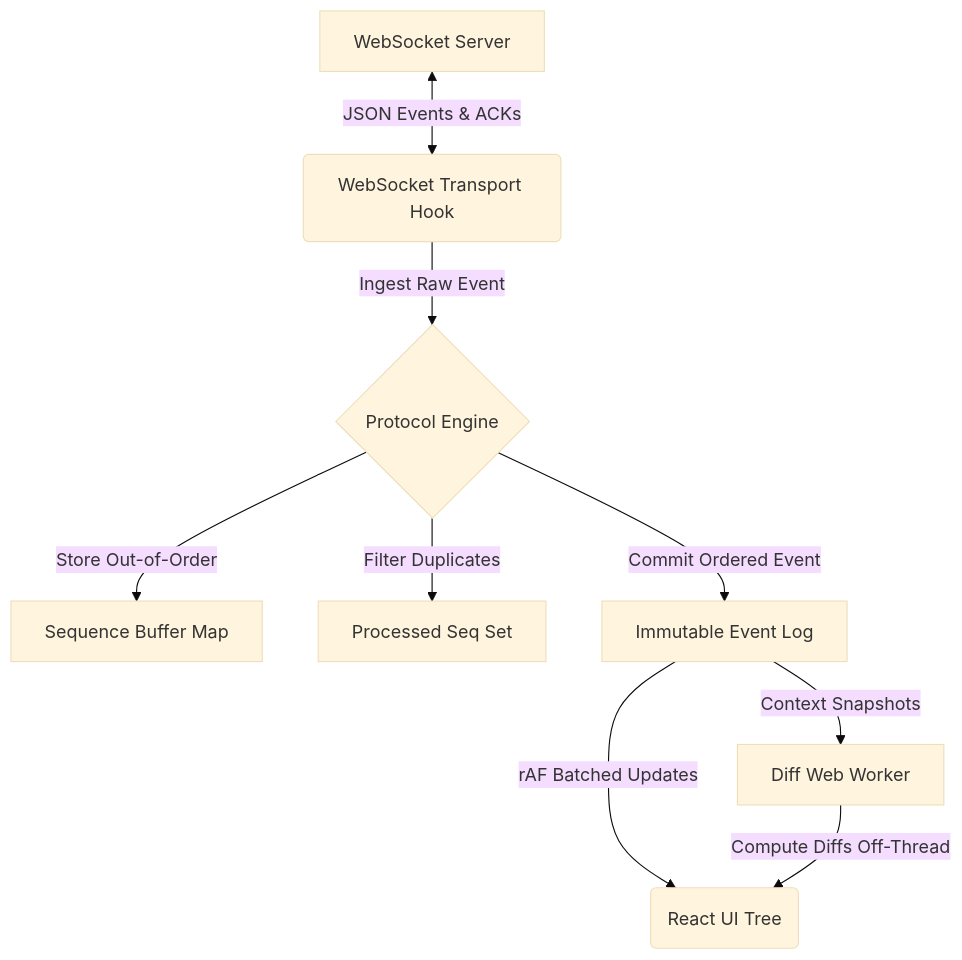
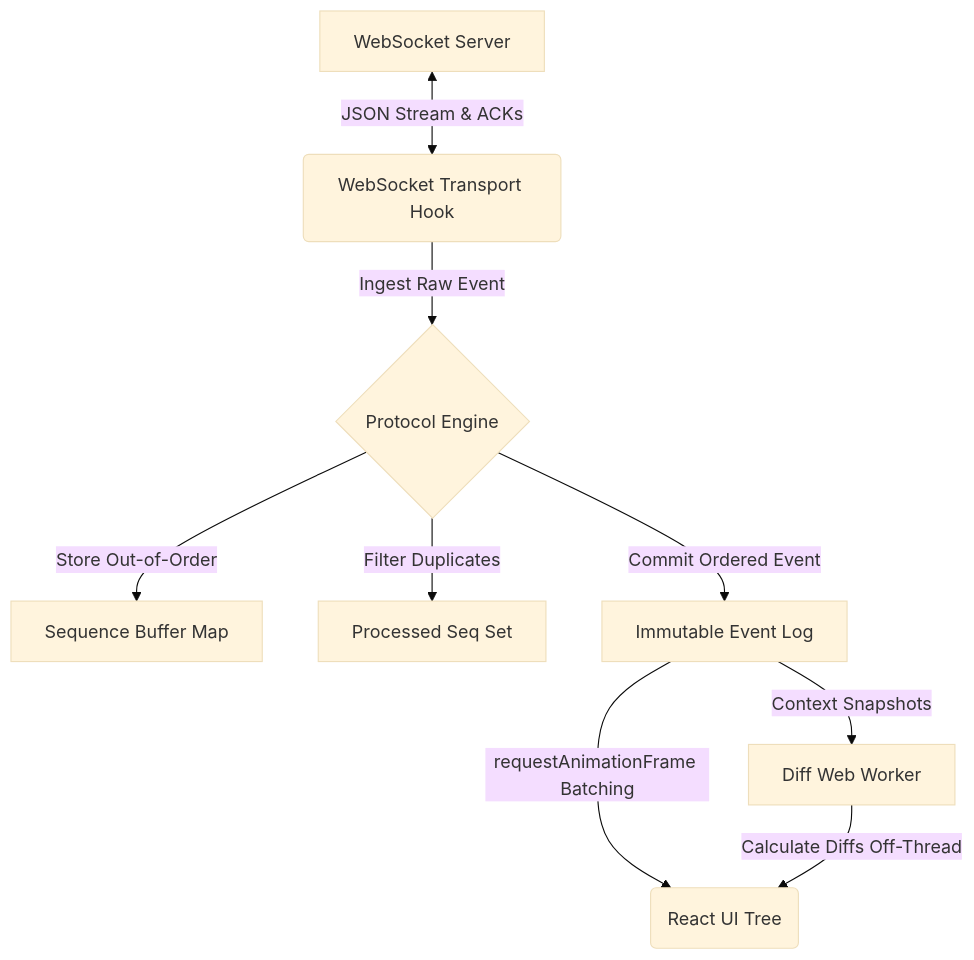
Before and after one commit to shalvirajpura2/alchemyst-hiring-assignment: the diagram in README.md, drawn with Mermaid (base theme). The commit also changed other lines of this file, not shown here.

````diff
--- a/README.md
+++ b/README.md
@@ -9,11 +9,11 @@
 ```mermaid
 graph TD
-    A[WebSocket Server] <-->|JSON Events & ACKs| B(WebSocket Transport Hook)
+    A[WebSocket Server] <-->|JSON Stream & ACKs| B(WebSocket Transport Hook)
     B -->|Ingest Raw Event| C{Protocol Engine}
     C -->|Store Out-of-Order| D[Sequence Buffer Map]
     C -->|Filter Duplicates| E[Processed Seq Set]
     C -->|Commit Ordered Event| F[Immutable Event Log]
-    F -->|rAF Batched Updates| G(React UI Tree)
+    F -->|requestAnimationFrame Batching| G(React UI Tree)
     F -->|Context Snapshots| H[Diff Web Worker]
-    H -->|Compute Diffs Off-Thread| G
+    H -->|Calculate Diffs Off-Thread| G
 ```
````
